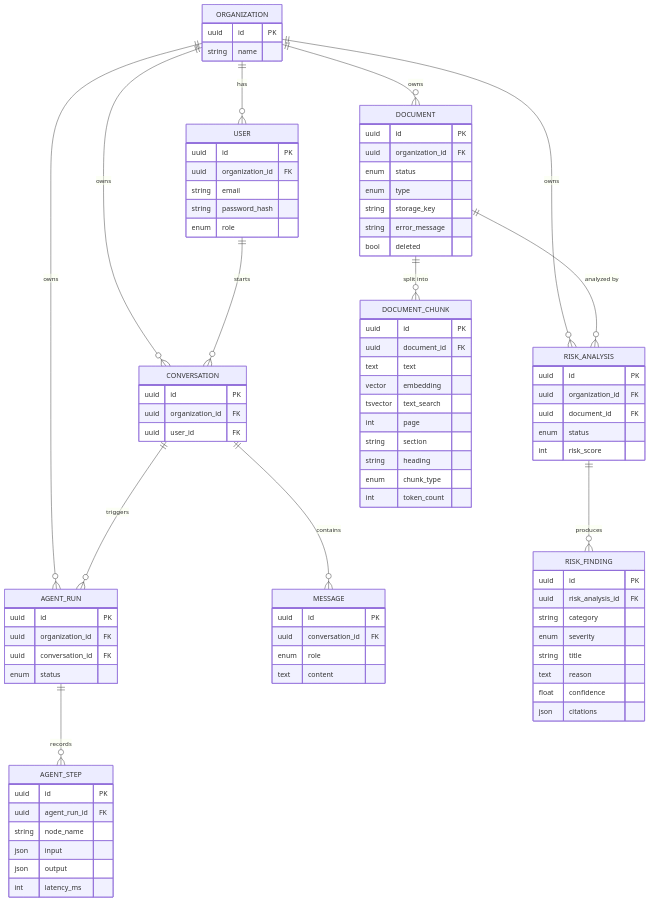
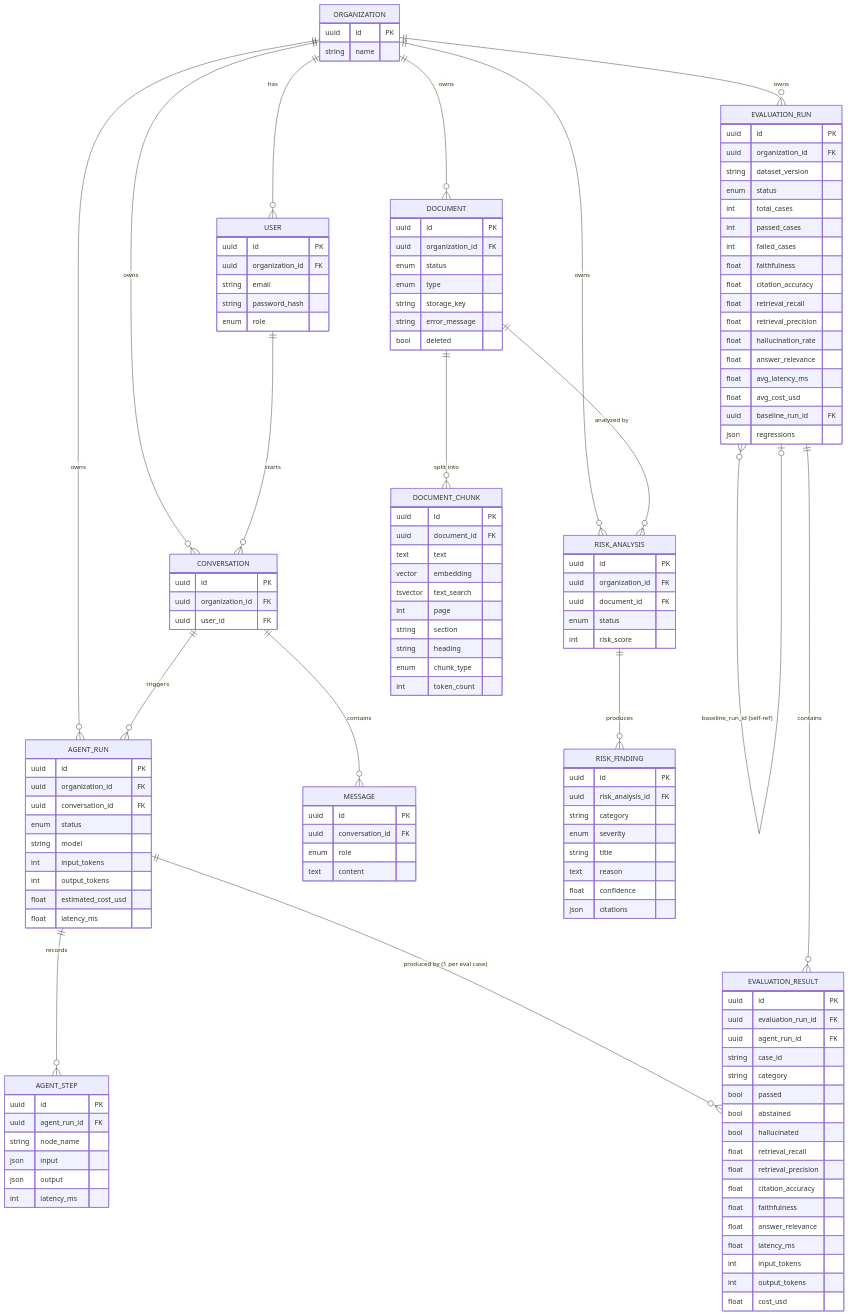
Before and after one commit to ankitsingh711/contractlens: the sixth of 7 diagrams in docs/architecture.md, drawn with Mermaid. The commit also changed other lines of this file and 12 other files, not shown here.

````diff
--- a/docs/architecture.md
+++ b/docs/architecture.md
@@ -170,13 +196,17 @@
     ORGANIZATION ||--o{ CONVERSATION : owns
     ORGANIZATION ||--o{ AGENT_RUN : owns
     ORGANIZATION ||--o{ RISK_ANALYSIS : owns
+    ORGANIZATION ||--o{ EVALUATION_RUN : owns
     USER ||--o{ CONVERSATION : starts
     DOCUMENT ||--o{ DOCUMENT_CHUNK : "split into"
     DOCUMENT ||--o{ RISK_ANALYSIS : "analyzed by"
     CONVERSATION ||--o{ MESSAGE : contains
     CONVERSATION ||--o{ AGENT_RUN : triggers
     AGENT_RUN ||--o{ AGENT_STEP : "records"
+    AGENT_RUN ||--o{ EVALUATION_RESULT : "produced by (1 per eval case)"
     RISK_ANALYSIS ||--o{ RISK_FINDING : produces
+    EVALUATION_RUN ||--o{ EVALUATION_RESULT : contains
+    EVALUATION_RUN }o--o| EVALUATION_RUN : "baseline_run_id (self-ref)"
 
     ORGANIZATION {
         uuid id PK
@@ -226,6 +256,11 @@
         uuid organization_id FK
         uuid conversation_id FK
         enum status
+        string model
+        int input_tokens
+        int output_tokens
+        float estimated_cost_usd
+        float latency_ms
     }
     AGENT_STEP {
         uuid id PK
@@ -252,4 +287,42 @@
         float confidence
         json citations
     }
+    EVALUATION_RUN {
+        uuid id PK
+        uuid organization_id FK
+        string dataset_version
+        enum status
+        int total_cases
+        int passed_cases
+        int failed_cases
+        float faithfulness
+        float citation_accuracy
+        float retrieval_recall
+        float retrieval_precision
+        float hallucination_rate
+        float answer_relevance
+        float avg_latency_ms
+        float avg_cost_usd
+        uuid baseline_run_id FK
+        json regressions
+    }
+    EVALUATION_RESULT {
+        uuid id PK
+        uuid evaluation_run_id FK
+        uuid agent_run_id FK
+        string case_id
+        string category
+        bool passed
+        bool abstained
+        bool hallucinated
+        float retrieval_recall
+        float retrieval_precision
+        float citation_accuracy
+        float faithfulness
+        float answer_relevance
+        float latency_ms
+        int input_tokens
+        int output_tokens
+        float cost_usd
+    }
 ```
````
